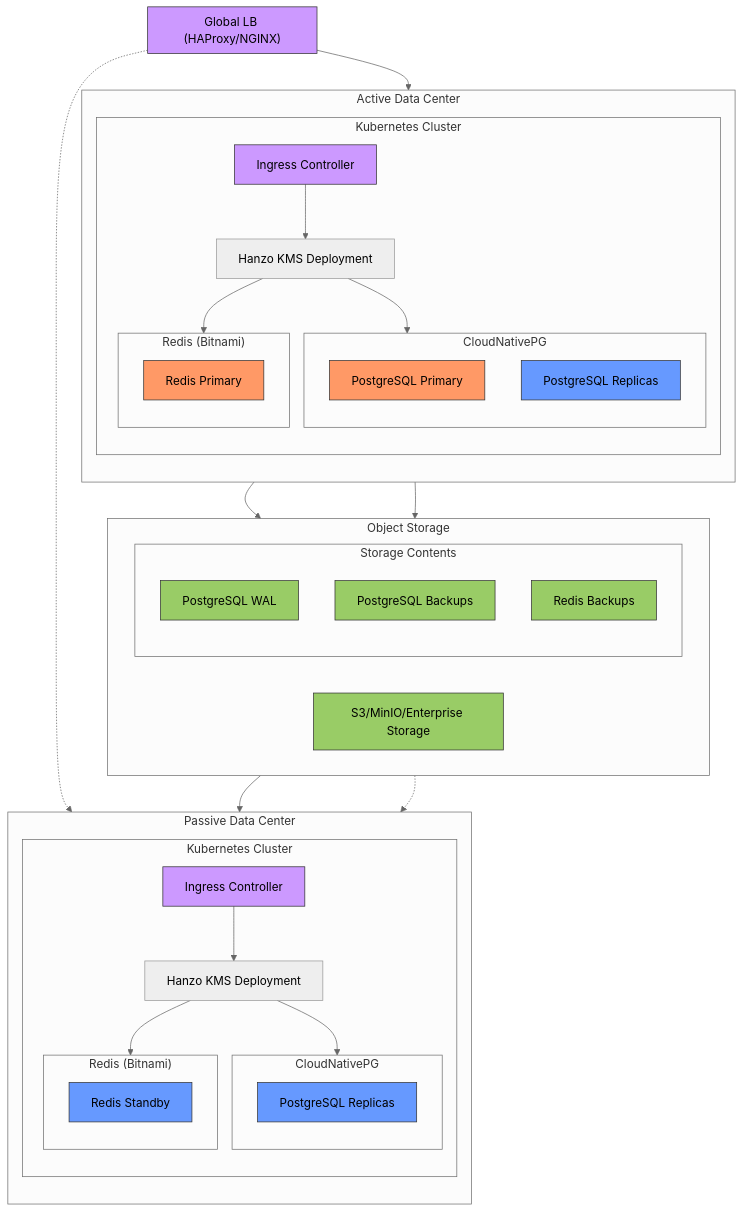
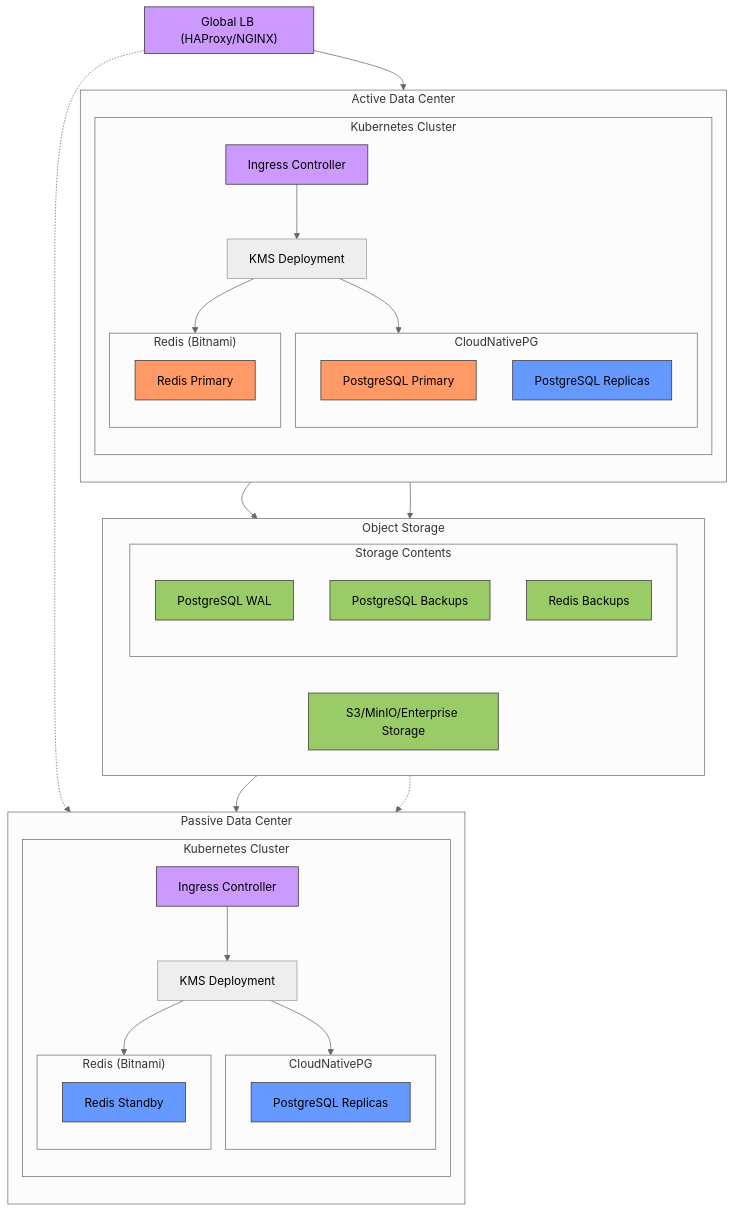
The diagram in docs/self-hosting/reference-architectures/on-prem-k8s-ha.mdx (hanzoai/kms), drawn with Mermaid (neutral theme) before and after one commit. The commit also changed other lines of this file and 855 other files, not shown here.

````diff
--- a/docs/self-hosting/reference-architectures/on-prem-k8s-ha.mdx
+++ b/docs/self-hosting/reference-architectures/on-prem-k8s-ha.mdx
@@ -11,79 +11,79 @@
 ```mermaid
 flowchart TB
     subgraph GLB["Global LB (HAProxy/NGINX)"]
     end
 
     subgraph OS["Object Storage"]
         direction LR
         store["S3/MinIO/Enterprise Storage"]
         subgraph store_contents["Storage Contents"]
             wal["PostgreSQL WAL"]
             pgbackup["PostgreSQL Backups"]
             redisbackup["Redis Backups"]
         end
     end
 
     subgraph DC1["Active Data Center"]
         direction TB
         subgraph k8s1["Kubernetes Cluster"]
             ing1["Ingress Controller"]
-            app1["Hanzo KMS Deployment"]
+            app1["KMS Deployment"]
             
             subgraph db1["CloudNativePG"]
                 pg1p["PostgreSQL Primary"]
                 pg1r["PostgreSQL Replicas"]
             end
             
             subgraph red1["Redis (Bitnami)"]
                 rp1["Redis Primary"]
             end
         end
     end
 
     subgraph DC2["Passive Data Center"]
         direction TB
         subgraph k8s2["Kubernetes Cluster"]
             ing2["Ingress Controller"]
-            app2["Hanzo KMS Deployment"]
+            app2["KMS Deployment"]
             
             subgraph db2["CloudNativePG"]
                 pg2["PostgreSQL Replicas"]
             end
             
             subgraph red2["Redis (Bitnami)"]
                 r2["Redis Standby"]
             end
         end
     end
 
     %% Connections
     GLB --> ing1
     GLB -.-> ing2
     
     %% Database connections
     pg1p --> store
     store --> pg2
     
     %% Redis backup flow
     rp1 --> store
     store -.-> r2
     
     %% Intra-DC connections
     ing1 --> app1
     app1 --> db1
     app1 --> red1
     
     ing2 --> app2
     app2 --> db2
     app2 --> red2
 
     classDef primary fill:#f96,stroke:#333
     classDef replica fill:#69f,stroke:#333
     classDef storage fill:#9c6,stroke:#333
     classDef lb fill:#c9f,stroke:#333
     
     class pg1p,rp1 primary
     class pg1r,pg2,r2 replica
     class store,wal,pgbackup,redisbackup storage
     class GLB,ing1,ing2 lb
 ```
````
